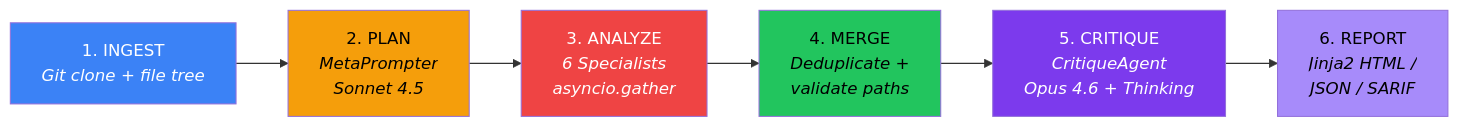
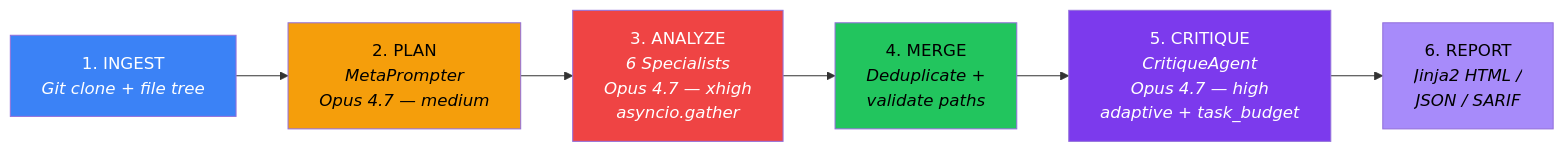
One commit to leocder07/spectra changed the third of 4 diagrams in docs/diagrams/hld-system-architecture.md. Above: the diagram before and after it, drawn with Mermaid. The commit also changed other lines of this file and 15 other files, not shown here.

````diff
--- a/docs/diagrams/hld-system-architecture.md
+++ b/docs/diagrams/hld-system-architecture.md
@@ -115,18 +115,18 @@
 ```mermaid
 graph LR
     S1["1. INGEST<br/><i>Git clone + file tree</i>"]
-    S2["2. PLAN<br/><i>MetaPrompter</i><br/><i>Sonnet 4.5</i>"]
-    S3["3. ANALYZE<br/><i>6 Specialists</i><br/><i>asyncio.gather</i>"]
+    S2["2. PLAN<br/><i>MetaPrompter</i><br/><i>Opus 4.7 — medium</i>"]
+    S3["3. ANALYZE<br/><i>6 Specialists</i><br/><i>Opus 4.7 — xhigh</i><br/><i>asyncio.gather</i>"]
     S4["4. MERGE<br/><i>Deduplicate +</i><br/><i>validate paths</i>"]
-    S5["5. CRITIQUE<br/><i>CritiqueAgent</i><br/><i>Opus 4.6 + Thinking</i>"]
+    S5["5. CRITIQUE<br/><i>CritiqueAgent</i><br/><i>Opus 4.7 — high<br/>adaptive + task_budget</i>"]
     S6["6. REPORT<br/><i>Jinja2 HTML /</i><br/><i>JSON / SARIF</i>"]
 
     S1 --> S2 --> S3 --> S4 --> S5 --> S6
 
     style S1 fill:#3B82F6,color:#fff
     style S2 fill:#F59E0B,color:#000
     style S3 fill:#EF4444,color:#fff
     style S4 fill:#22C55E,color:#000
     style S5 fill:#7C3AED,color:#fff
     style S6 fill:#A78BFA,color:#000
 ```
````
